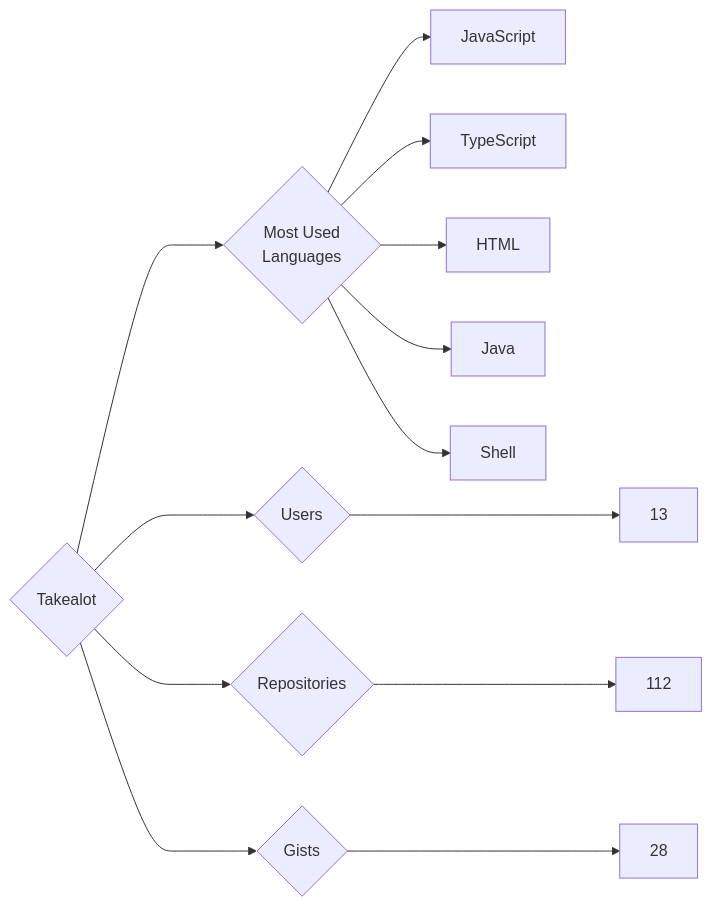
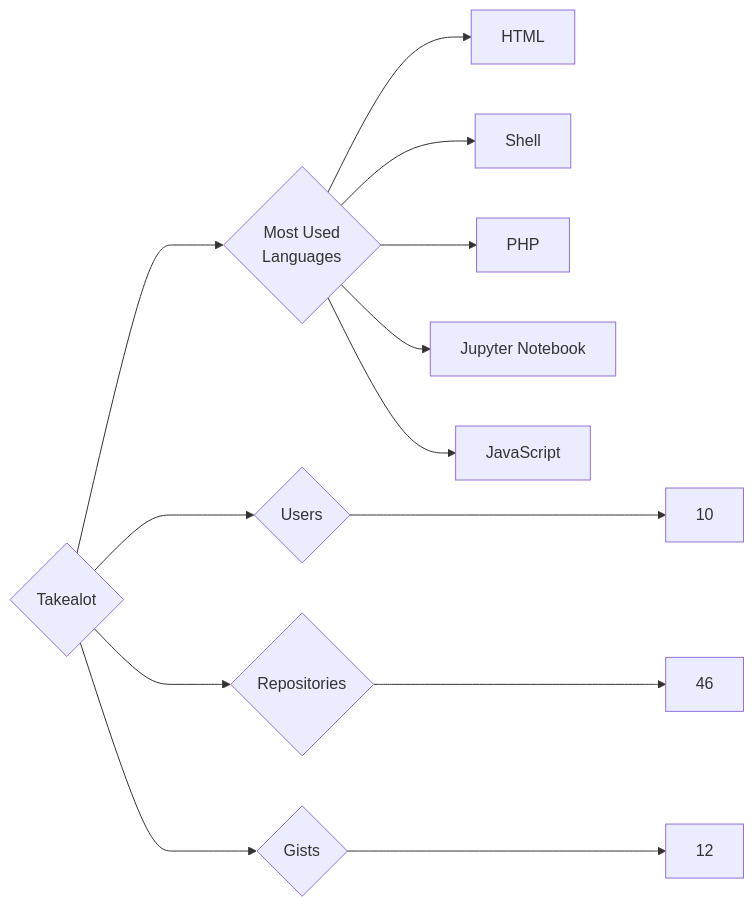
The diagram in targets/Takealot/README.md (trickest/insiders), drawn with Mermaid before and after one commit. The commit also changed 970 other files, not shown here.

````diff
--- a/targets/Takealot/README.md
+++ b/targets/Takealot/README.md
@@ -3,13 +3,13 @@
 ```mermaid
 graph LR
 COMPANY_NAME{Takealot}
-COMPANY_NAME ---> U{Users} ---> UN[13]
-COMPANY_NAME ---> R{Repositories} ---> RN[112]
-COMPANY_NAME ---> G{Gists} ---> GN[28]
+COMPANY_NAME ---> U{Users} ---> UN[10]
+COMPANY_NAME ---> R{Repositories} ---> RN[46]
+COMPANY_NAME ---> G{Gists} ---> GN[12]
 COMPANY_NAME ---> ML{Most Used<br>Languages}
+ML --> HTML[HTML]
+ML --> Shell[Shell]
+ML --> PHP[PHP]
+ML --> Jupyter_Notebook[Jupyter Notebook]
 ML --> JavaScript[JavaScript]
-ML --> TypeScript[TypeScript]
-ML --> HTML[HTML]
-ML --> Java[Java]
-ML --> Shell[Shell]
 ```
````
